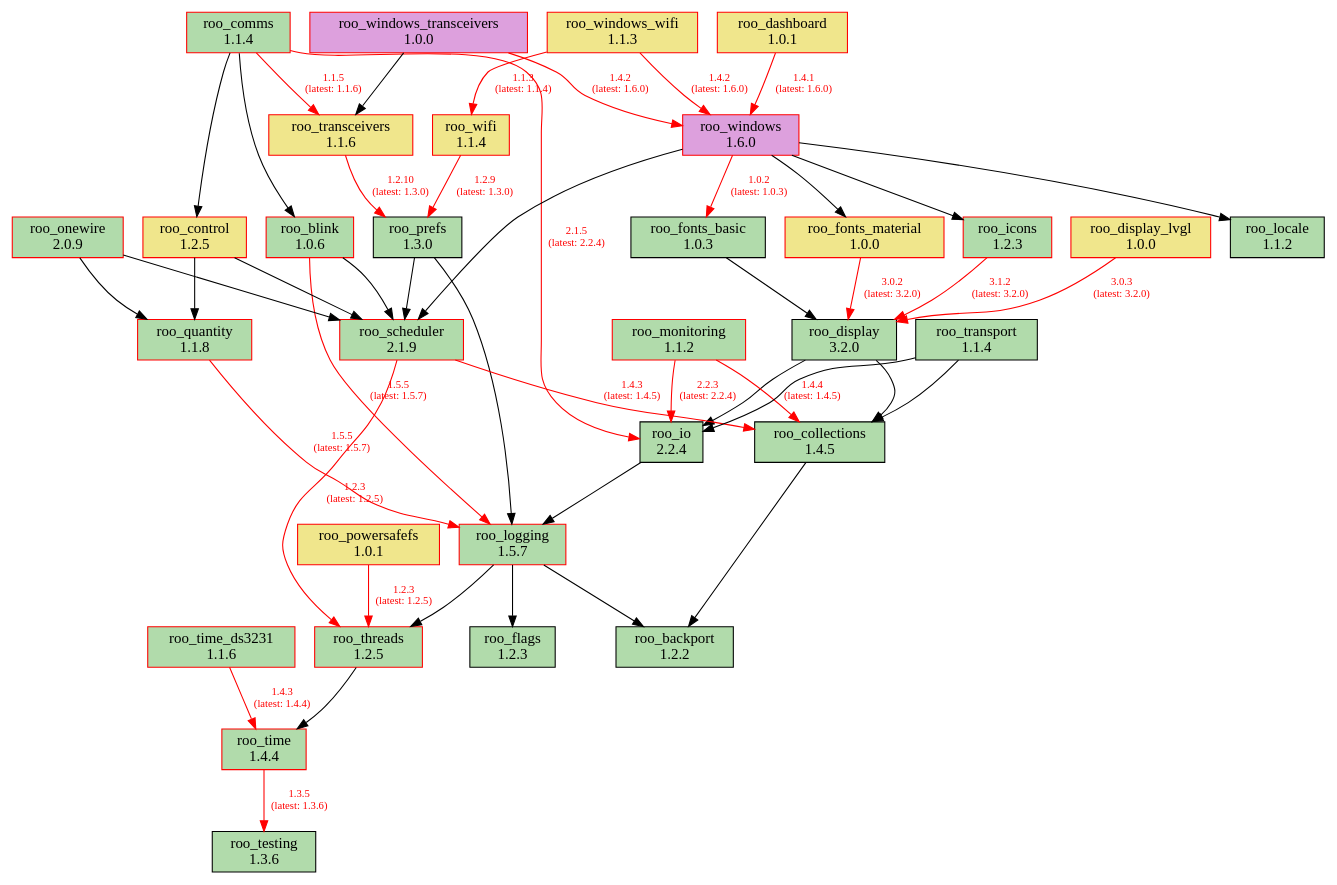
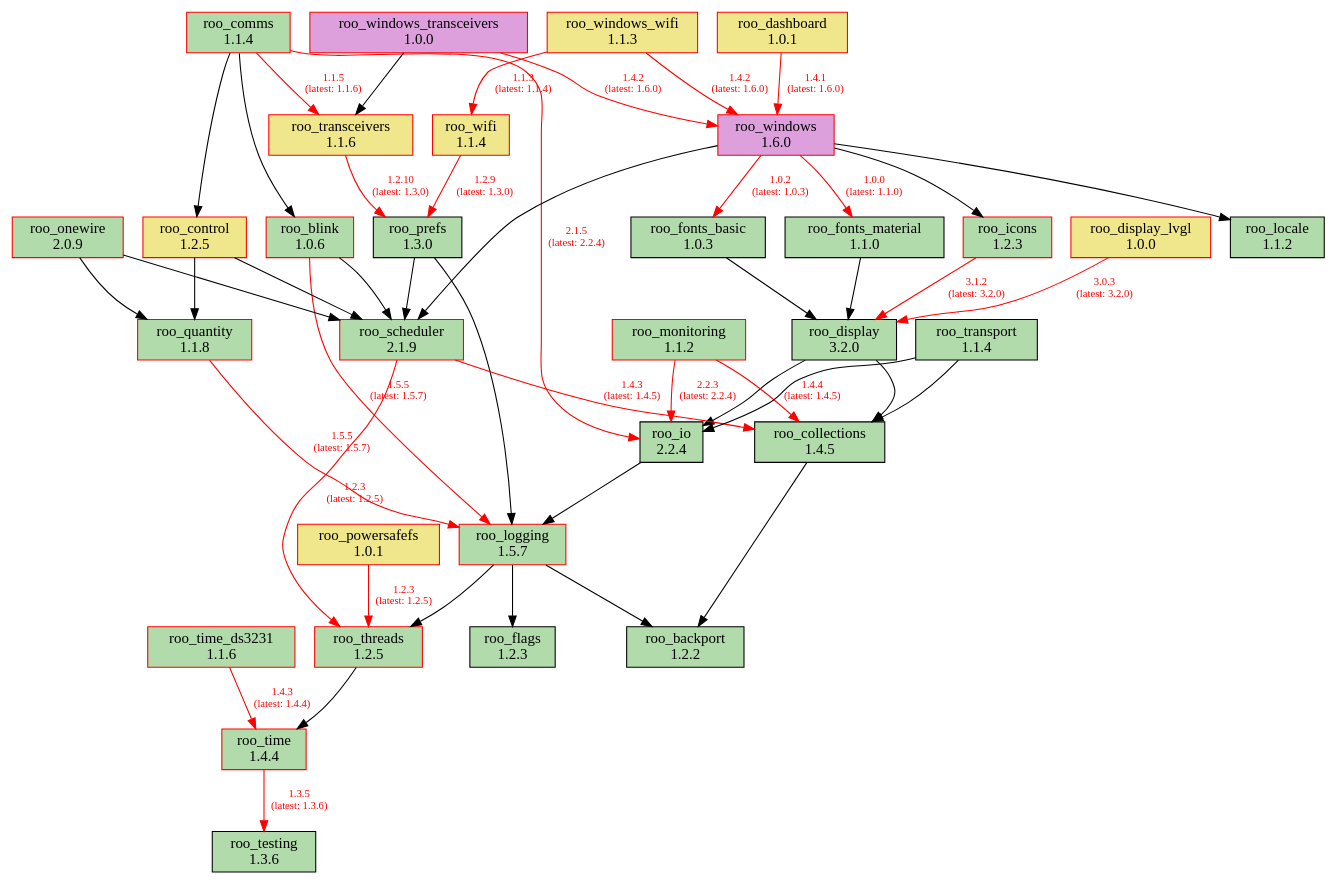
One commit to dejwk/roo-registry changed the diagram in doc/dependencies.dot. Above: the diagram before and after it, drawn with Graphviz. The commit also changed 3 other files, not shown here.

Commit message:
Added roo_fonts_material 1.1.0 to the registry.

```diff
--- a/doc/dependencies.dot
+++ b/doc/dependencies.dot
@@ -1,86 +1,86 @@
 digraph dependencies {
     rankdir=TB;
     node [shape=box, style=filled];
     edge [fontsize=10];
 
     // Modules
     "roo_backport" [label="roo_backport\n1.2.2", fillcolor="#b1dbab", color="black"];
     "roo_blink" [label="roo_blink\n1.0.6", fillcolor="#b1dbab", color="red"];
     "roo_collections" [label="roo_collections\n1.4.5", fillcolor="#b1dbab", color="black"];
     "roo_comms" [label="roo_comms\n1.1.4", fillcolor="#b1dbab", color="red"];
     "roo_control" [label="roo_control\n1.2.5", fillcolor="khaki", color="red"];
     "roo_dashboard" [label="roo_dashboard\n1.0.1", fillcolor="khaki", color="red"];
     "roo_display" [label="roo_display\n3.2.0", fillcolor="#b1dbab", color="black"];
     "roo_display_lvgl" [label="roo_display_lvgl\n1.0.0", fillcolor="khaki", color="red"];
     "roo_flags" [label="roo_flags\n1.2.3", fillcolor="#b1dbab", color="black"];
     "roo_fonts_basic" [label="roo_fonts_basic\n1.0.3", fillcolor="#b1dbab", color="black"];
-    "roo_fonts_material" [label="roo_fonts_material\n1.0.0", fillcolor="khaki", color="red"];
+    "roo_fonts_material" [label="roo_fonts_material\n1.1.0", fillcolor="#b1dbab", color="black"];
     "roo_icons" [label="roo_icons\n1.2.3", fillcolor="#b1dbab", color="red"];
     "roo_io" [label="roo_io\n2.2.4", fillcolor="#b1dbab", color="black"];
     "roo_locale" [label="roo_locale\n1.1.2", fillcolor="#b1dbab", color="black"];
     "roo_logging" [label="roo_logging\n1.5.7", fillcolor="#b1dbab", color="red"];
     "roo_monitoring" [label="roo_monitoring\n1.1.2", fillcolor="#b1dbab", color="red"];
     "roo_onewire" [label="roo_onewire\n2.0.9", fillcolor="#b1dbab", color="red"];
     "roo_powersafefs" [label="roo_powersafefs\n1.0.1", fillcolor="khaki", color="red"];
     "roo_prefs" [label="roo_prefs\n1.3.0", fillcolor="#b1dbab", color="black"];
     "roo_quantity" [label="roo_quantity\n1.1.8", fillcolor="#b1dbab", color="red"];
     "roo_scheduler" [label="roo_scheduler\n2.1.9", fillcolor="#b1dbab", color="red"];
     "roo_testing" [label="roo_testing\n1.3.6", fillcolor="#b1dbab", color="black"];
     "roo_threads" [label="roo_threads\n1.2.5", fillcolor="#b1dbab", color="red"];
     "roo_time" [label="roo_time\n1.4.4", fillcolor="#b1dbab", color="red"];
     "roo_time_ds3231" [label="roo_time_ds3231\n1.1.6", fillcolor="#b1dbab", color="red"];
     "roo_transceivers" [label="roo_transceivers\n1.1.6", fillcolor="khaki", color="red"];
     "roo_transport" [label="roo_transport\n1.1.4", fillcolor="#b1dbab", color="black"];
     "roo_wifi" [label="roo_wifi\n1.1.4", fillcolor="khaki", color="red"];
     "roo_windows" [label="roo_windows\n1.6.0", fillcolor="plum", color="red"];
     "roo_windows_transceivers" [label="roo_windows_transceivers\n1.0.0", fillcolor="plum", color="red"];
     "roo_windows_wifi" [label="roo_windows_wifi\n1.1.3", fillcolor="khaki", color="red"];
 
     // Dependencies
     "roo_blink" -> "roo_logging" [color=red, fontcolor=red, label="1.5.5\n(latest: 1.5.7)"];
     "roo_blink" -> "roo_scheduler";
     "roo_collections" -> "roo_backport";
     "roo_comms" -> "roo_blink";
     "roo_comms" -> "roo_control";
     "roo_comms" -> "roo_io" [color=red, fontcolor=red, label="2.1.5\n(latest: 2.2.4)"];
     "roo_comms" -> "roo_transceivers" [color=red, fontcolor=red, label="1.1.5\n(latest: 1.1.6)"];
     "roo_control" -> "roo_quantity";
     "roo_control" -> "roo_scheduler";
     "roo_dashboard" -> "roo_windows" [color=red, fontcolor=red, label="1.4.1\n(latest: 1.6.0)"];
     "roo_display" -> "roo_collections";
     "roo_display" -> "roo_io";
     "roo_display_lvgl" -> "roo_display" [color=red, fontcolor=red, label="3.0.3\n(latest: 3.2.0)"];
     "roo_fonts_basic" -> "roo_display";
-    "roo_fonts_material" -> "roo_display" [color=red, fontcolor=red, label="3.0.2\n(latest: 3.2.0)"];
+    "roo_fonts_material" -> "roo_display";
     "roo_icons" -> "roo_display" [color=red, fontcolor=red, label="3.1.2\n(latest: 3.2.0)"];
     "roo_io" -> "roo_logging";
     "roo_logging" -> "roo_backport";
     "roo_logging" -> "roo_flags";
     "roo_logging" -> "roo_threads";
     "roo_monitoring" -> "roo_collections" [color=red, fontcolor=red, label="1.4.4\n(latest: 1.4.5)"];
     "roo_monitoring" -> "roo_io" [color=red, fontcolor=red, label="2.2.3\n(latest: 2.2.4)"];
     "roo_onewire" -> "roo_scheduler";
     "roo_onewire" -> "roo_quantity";
     "roo_powersafefs" -> "roo_threads" [color=red, fontcolor=red, label="1.2.3\n(latest: 1.2.5)"];
     "roo_prefs" -> "roo_logging";
     "roo_prefs" -> "roo_scheduler";
     "roo_quantity" -> "roo_logging" [color=red, fontcolor=red, label="1.5.5\n(latest: 1.5.7)"];
     "roo_scheduler" -> "roo_collections" [color=red, fontcolor=red, label="1.4.3\n(latest: 1.4.5)"];
     "roo_scheduler" -> "roo_threads" [color=red, fontcolor=red, label="1.2.3\n(latest: 1.2.5)"];
     "roo_threads" -> "roo_time";
     "roo_time" -> "roo_testing" [color=red, fontcolor=red, label="1.3.5\n(latest: 1.3.6)"];
     "roo_time_ds3231" -> "roo_time" [color=red, fontcolor=red, label="1.4.3\n(latest: 1.4.4)"];
     "roo_transceivers" -> "roo_prefs" [color=red, fontcolor=red, label="1.2.10\n(latest: 1.3.0)"];
     "roo_transport" -> "roo_collections";
     "roo_transport" -> "roo_io";
     "roo_wifi" -> "roo_prefs" [color=red, fontcolor=red, label="1.2.9\n(latest: 1.3.0)"];
     "roo_windows" -> "roo_fonts_basic" [color=red, fontcolor=red, label="1.0.2\n(latest: 1.0.3)"];
-    "roo_windows" -> "roo_fonts_material";
+    "roo_windows" -> "roo_fonts_material" [color=red, fontcolor=red, label="1.0.0\n(latest: 1.1.0)"];
     "roo_windows" -> "roo_locale";
     "roo_windows" -> "roo_icons";
     "roo_windows" -> "roo_scheduler";
     "roo_windows_transceivers" -> "roo_transceivers";
     "roo_windows_transceivers" -> "roo_windows" [color=red, fontcolor=red, label="1.4.2\n(latest: 1.6.0)"];
     "roo_windows_wifi" -> "roo_wifi" [color=red, fontcolor=red, label="1.1.3\n(latest: 1.1.4)"];
     "roo_windows_wifi" -> "roo_windows" [color=red, fontcolor=red, label="1.4.2\n(latest: 1.6.0)"];
 }
```
